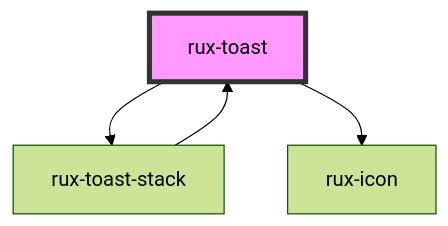
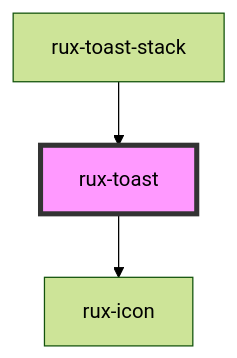
Before and after one commit to RocketCommunicationsInc/astro: the diagram in packages/web-components/src/components/rux-toast/readme.md, drawn with Mermaid (forest theme). The commit also changed other lines of this file and 5 other files, not shown here.

````diff
--- a/packages/web-components/src/components/rux-toast/readme.md
+++ b/packages/web-components/src/components/rux-toast/readme.md
@@ -64,7 +61,6 @@
 ```mermaid
 graph TD;
-  rux-toast --> rux-toast-stack
   rux-toast --> rux-icon
   rux-toast-stack --> rux-toast
   style rux-toast fill:#f9f,stroke:#333,stroke-width:4px
 ```
````
